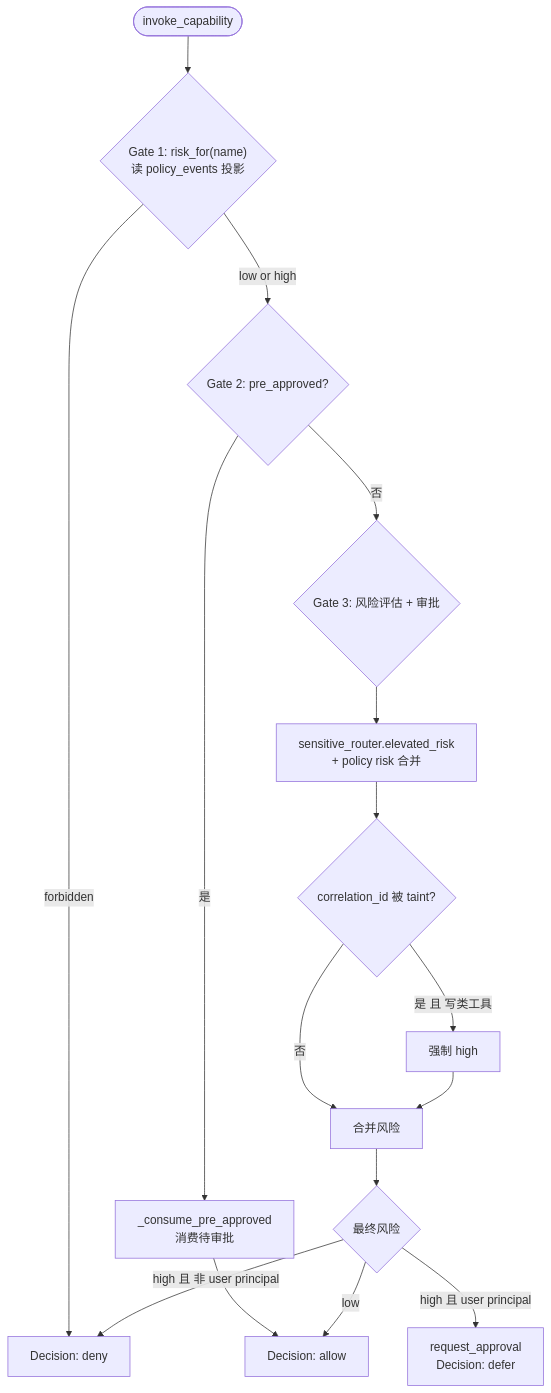
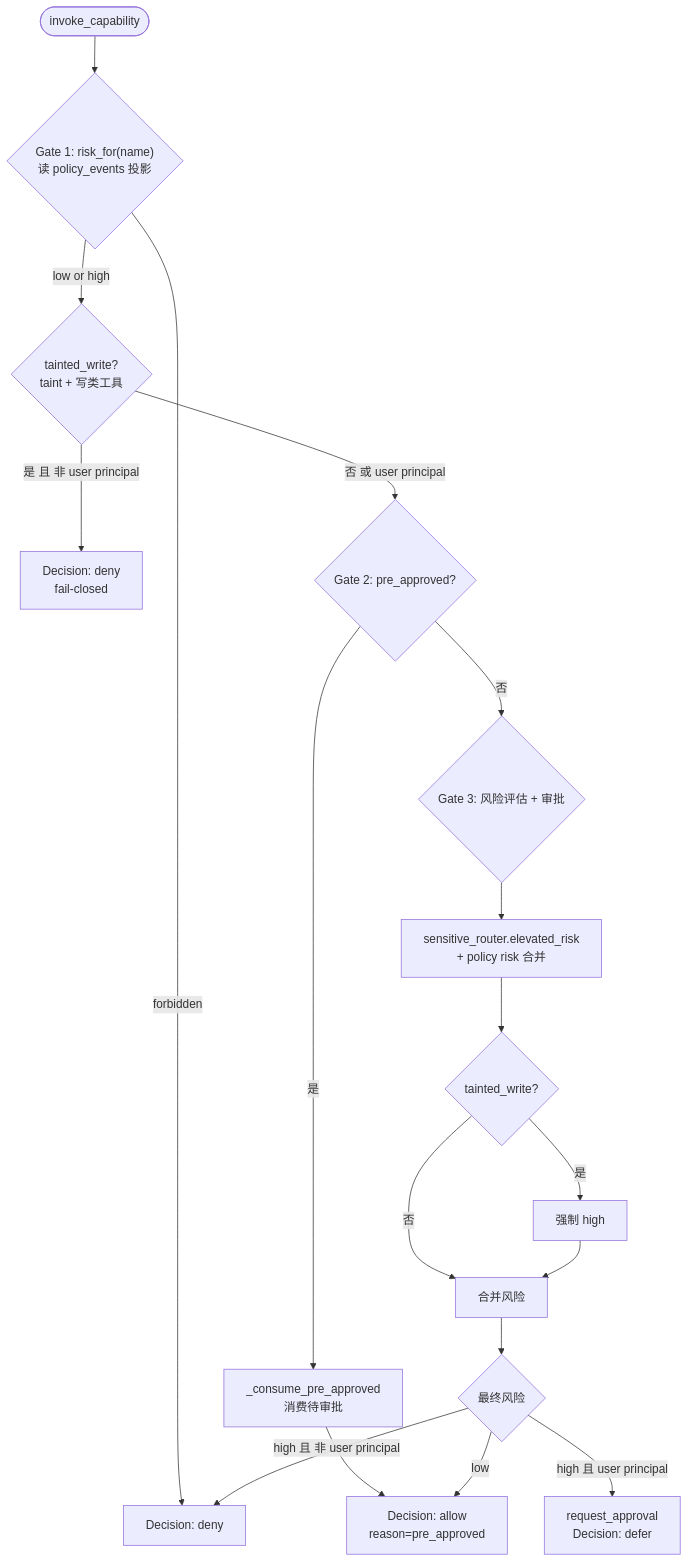
The diagram in docs/02-concepts/capability-governance.md (yyyyyyyy/personal-ai-runtime), drawn with Mermaid before and after one commit. The commit also changed other lines of this file and 12 other files, not shown here.

First line of the commit message:
fix(security): rename egress to audit and close pre_approved taint bypass

````diff
--- a/docs/02-concepts/capability-governance.md
+++ b/docs/02-concepts/capability-governance.md
@@ -29,19 +29,21 @@
 ```mermaid
 flowchart TB
     Start([invoke_capability])
     Start --> G1{"Gate 1: risk_for(name)<br/>读 policy_events 投影"}
     G1 -->|forbidden| Deny["Decision: deny"]
-    G1 -->|low or high| G2{"Gate 2: pre_approved?"}
+    G1 -->|low or high| TT{"tainted_write?<br/>taint + 写类工具"}
+    TT -->|是 且 非 user principal| TaintDeny["Decision: deny<br/>fail-closed"]
+    TT -->|否 或 user principal| G2{"Gate 2: pre_approved?"}
     G2 -->|是| Consume["_consume_pre_approved<br/>消费待审批"]
-    Consume --> Allow["Decision: allow"]
+    Consume --> Allow["Decision: allow<br/>reason=pre_approved"]
     G2 -->|否| G3{"Gate 3: 风险评估 + 审批"}
     G3 --> RR["sensitive_router.elevated_risk<br/>+ policy risk 合并"]
-    RR --> Taint{correlation_id 被 taint?}
-    Taint -->|是 且 写类工具| Force["强制 high"]
+    RR --> Taint{tainted_write?}
+    Taint -->|是| Force["强制 high"]
     Taint -->|否| Comb[合并风险]
     Force --> Comb
     Comb --> Final{最终风险}
     Final -->|high 且 非 user principal| Deny
     Final -->|high 且 user principal| Defer["request_approval<br/>Decision: defer"]
     Final -->|low| Allow
 ```
````
